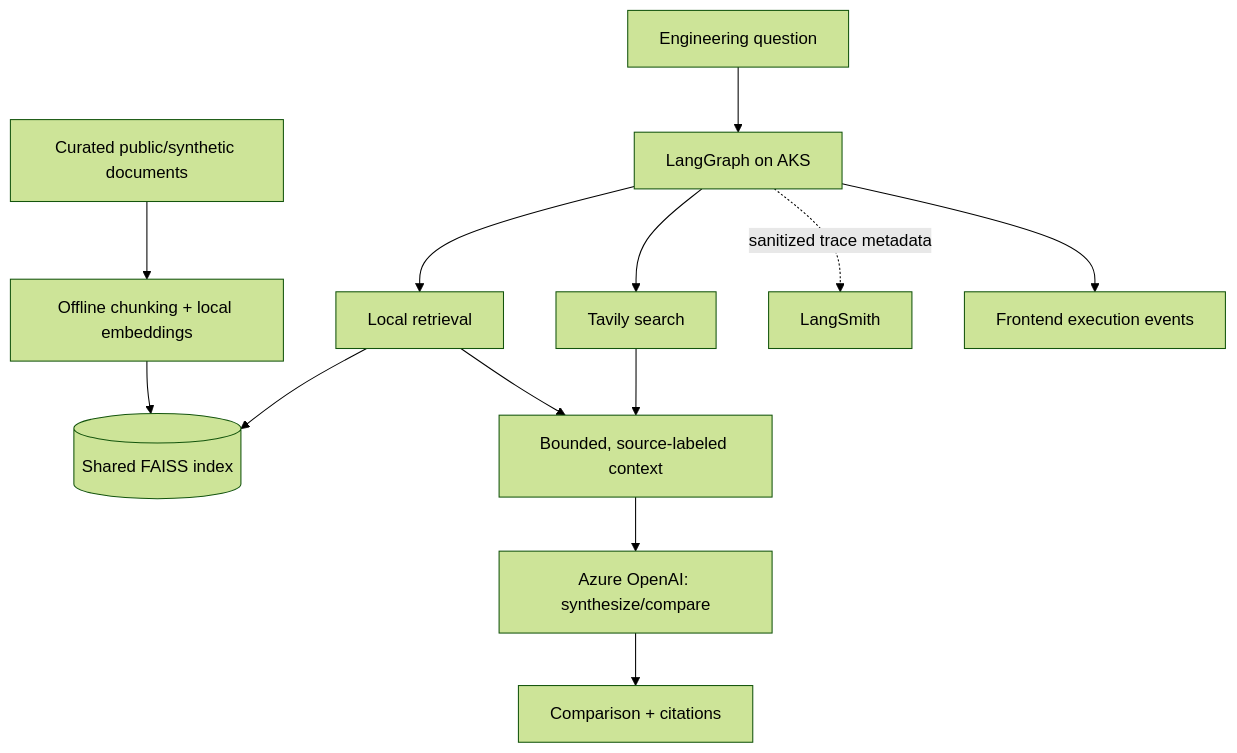
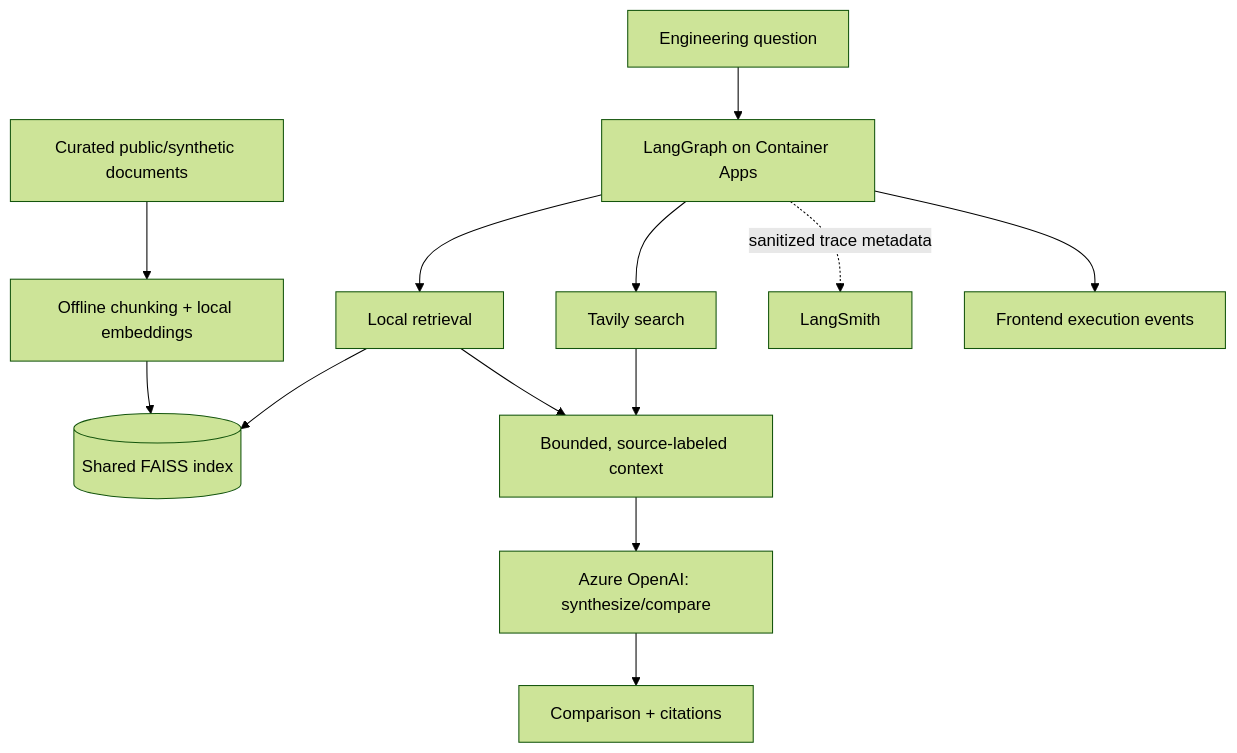
One commit to fbrase799/engineering_knowledge_assistant changed the second of 2 diagrams in PRD.md. Above: the diagram before and after it, drawn with Mermaid (forest theme). The commit also changed other lines of this file, not shown here.

````diff
--- a/PRD.md
+++ b/PRD.md
@@ -273,15 +273,15 @@
 ```mermaid
 flowchart TD
     Docs[Curated public/synthetic documents] --> Ingest[Offline chunking + local embeddings]
     Ingest --> Index[(Shared FAISS index)]
-    Question[Engineering question] --> Graph[LangGraph on AKS]
+    Question[Engineering question] --> Graph[LangGraph on Container Apps]
     Graph --> Local[Local retrieval]
     Local --> Index
     Graph --> Web[Tavily search]
     Local --> Context[Bounded, source-labeled context]
     Web --> Context
     Context --> LLM[Azure OpenAI: synthesize/compare]
     LLM --> Answer[Comparison + citations]
     Graph -. sanitized trace metadata .-> LangSmith[LangSmith]
     Graph --> Events[Frontend execution events]
 ```
````
